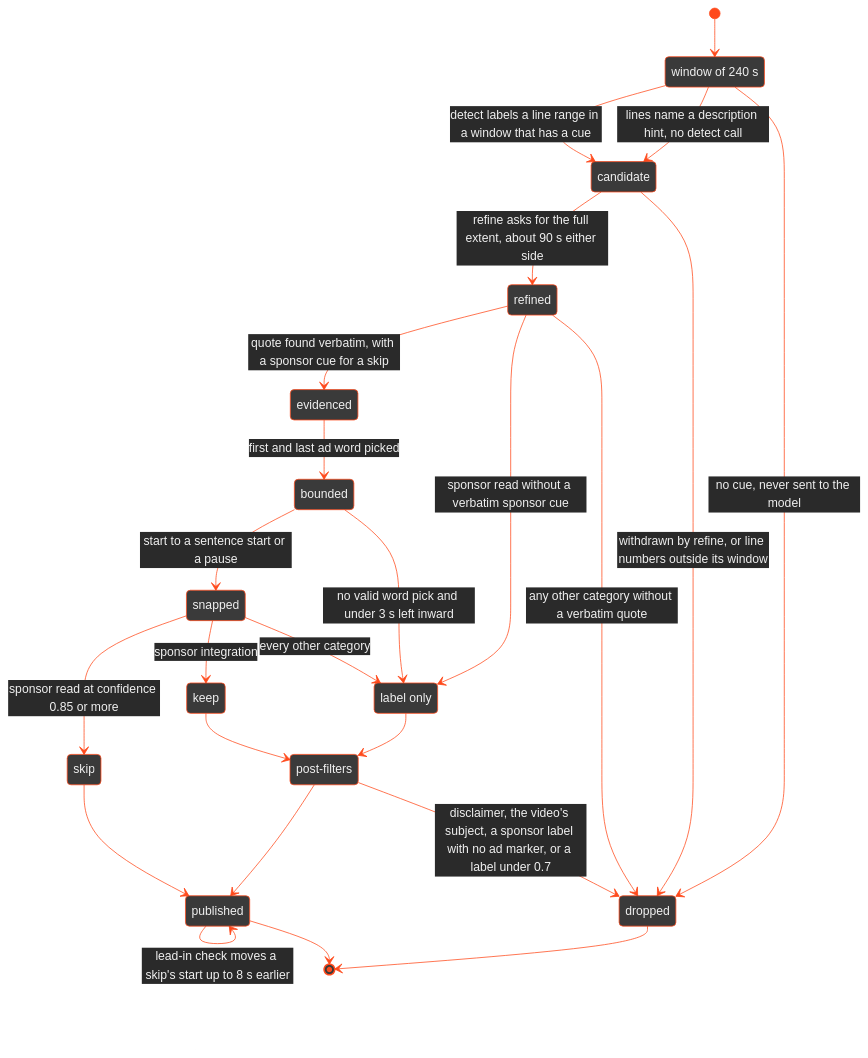
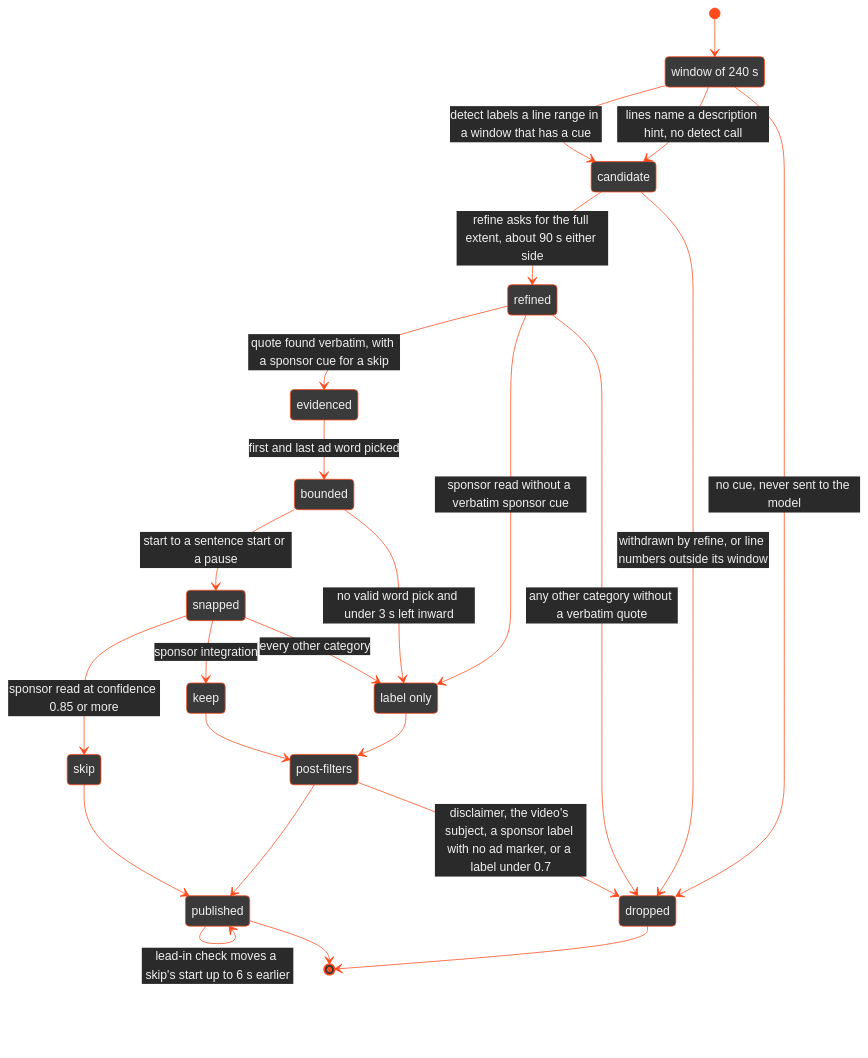
The third of 3 diagrams in README.md (atishaypahadiya/second-read), drawn with Mermaid before and after one commit. The commit also changed other lines of this file and 4 other files, not shown here.

````diff
--- a/README.md
+++ b/README.md
@@ -93,30 +93,30 @@
 ```mermaid
 %%{init: {'theme': 'base', 'themeVariables': {'primaryColor': '#3A3A3A', 'primaryTextColor': '#F0F0F0', 'primaryBorderColor': '#FF4A1C', 'lineColor': '#FF4A1C', 'secondaryColor': '#2A2A2A', 'tertiaryColor': '#2A2A2A', 'tertiaryTextColor': '#F0F0F0', 'edgeLabelBackground': '#2A2A2A', 'transitionColor': '#FF4A1C', 'transitionLabelColor': '#F0F0F0', 'stateLabelColor': '#F0F0F0', 'stateBkg': '#3A3A3A', 'stateBorder': '#FF4A1C', 'specialStateColor': '#FF4A1C', 'innerEndBackground': '#FF4A1C'}, 'themeCSS': 'marker path { fill: #FF4A1C; stroke: #FF4A1C; }'}}%%
 stateDiagram-v2
   state "window of 240 s" as window
   state "label only" as labelOnly
   state "post-filters" as post
   [*] --> window
   window --> candidate: detect labels a line range in a window that has a cue
   window --> candidate: lines name a description hint, no detect call
   window --> dropped: no cue, never sent to the model
   candidate --> refined: refine asks for the full extent, about 90 s either side
   candidate --> dropped: withdrawn by refine, or line numbers outside its window
   refined --> evidenced: quote found verbatim, with a sponsor cue for a skip
   refined --> labelOnly: sponsor read without a verbatim sponsor cue
   refined --> dropped: any other category without a verbatim quote
   evidenced --> bounded: first and last ad word picked
   bounded --> snapped: start to a sentence start or a pause
   bounded --> labelOnly: no valid word pick and under 3 s left inward
   snapped --> skip: sponsor read at confidence 0.85 or more
   snapped --> keep: sponsor integration
   snapped --> labelOnly: every other category
   skip --> published
   keep --> post
   labelOnly --> post
   post --> published
   post --> dropped: disclaimer, the video's subject, a sponsor label with no ad marker, or a label under 0.7
-  published --> published: lead-in check moves a skip's start up to 8 s earlier
+  published --> published: lead-in check moves a skip's start up to 6 s earlier
   published --> [*]
   dropped --> [*]
 ```
````
